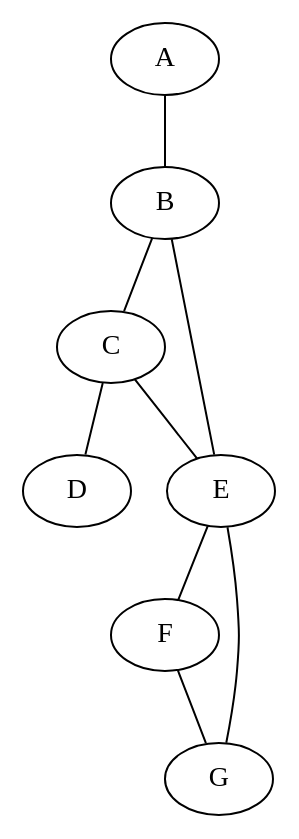
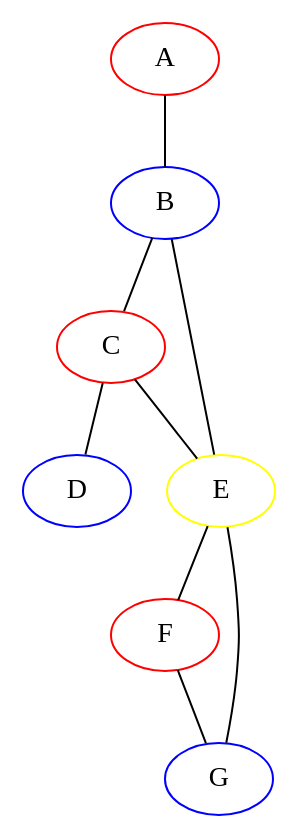
One commit to Artur-Bertoni/Trabalho-Final-IA changed the diagram in src/Problema02/graph.dot. Above: the diagram before and after it, drawn with Graphviz. The commit also changed 1 other file, not shown here.

```diff
--- a/src/Problema02/graph.dot
+++ b/src/Problema02/graph.dot
@@ -1,17 +1,17 @@
 graph G {
-    A [color=Vermelho];
-    B [color=Azul];
-    C [color=Vermelho];
-    D [color=Azul];
-    E [color=Amarelo];
-    F [color=Vermelho];
-    G [color=Azul];
+    A [color=Red];
+    B [color=Blue];
+    C [color=Red];
+    D [color=Blue];
+    E [color=Yellow];
+    F [color=Red];
+    G [color=Blue];
     A -- B;
     B -- C;
     B -- E;
     C -- D;
     C -- E;
     E -- F;
     E -- G;
     F -- G;
 }
```
